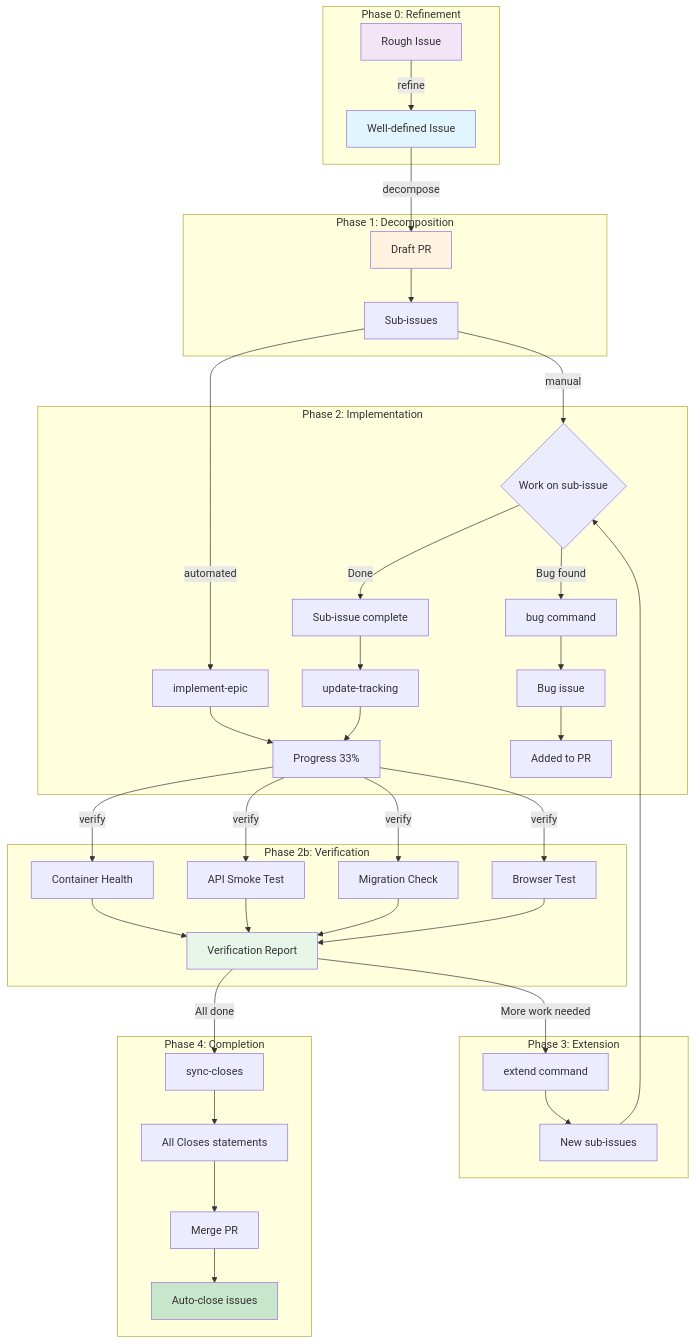
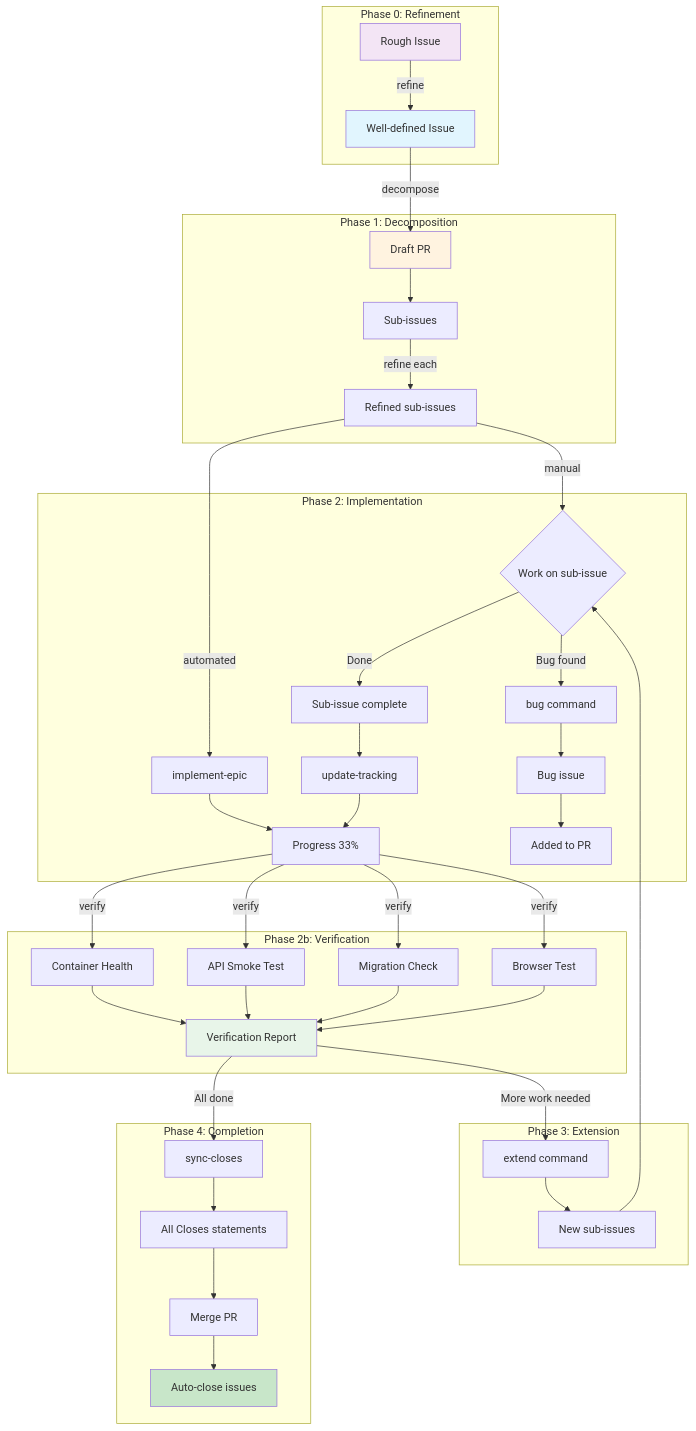
Before and after one commit to ImperialAutomation/claude-code-toolkit: the diagram in README.md, drawn with Mermaid. The commit also changed other lines of this file and 7 other files, not shown here.

````diff
--- a/README.md
+++ b/README.md
@@ -340,53 +364,54 @@
 ```mermaid
 flowchart TD
     subgraph phase0 [Phase 0: Refinement]
         R[Rough Issue] -->|refine| A[Well-defined Issue]
     end
 
     subgraph phase1 [Phase 1: Decomposition]
         A -->|decompose| B[Draft PR]
         B --> C[Sub-issues]
+        C -->|refine each| C2[Refined sub-issues]
     end
 
     subgraph phase2 [Phase 2: Implementation]
-        C -->|manual| D{Work on sub-issue}
-        C -->|automated| AUTO[implement-epic]
+        C2 -->|manual| D{Work on sub-issue}
+        C2 -->|automated| AUTO[implement-epic]
         AUTO --> J
         D -->|Bug found| E[bug command]
         E --> F[Bug issue]
         F --> G[Added to PR]
         D -->|Done| H[Sub-issue complete]
         H --> I[update-tracking]
         I --> J[Progress 33%]
     end
 
     subgraph phase2b [Phase 2b: Verification]
         J -->|verify| V1[Container Health]
         J -->|verify| V2[API Smoke Test]
         J -->|verify| V3[Migration Check]
         J -->|verify| V4[Browser Test]
         V1 --> VR[Verification Report]
         V2 --> VR
         V3 --> VR
         V4 --> VR
     end
 
     subgraph phase3 [Phase 3: Extension]
         VR -->|More work needed| K[extend command]
         K --> L[New sub-issues]
         L --> D
     end
 
     subgraph phase4 [Phase 4: Completion]
         VR -->|All done| M[sync-closes]
         M --> N[All Closes statements]
         N --> O[Merge PR]
         O --> P[Auto-close issues]
     end
 
     style R fill:#f3e5f5
     style A fill:#e1f5fe
     style B fill:#fff3e0
     style VR fill:#e8f5e9
     style P fill:#c8e6c9
 ```
````
